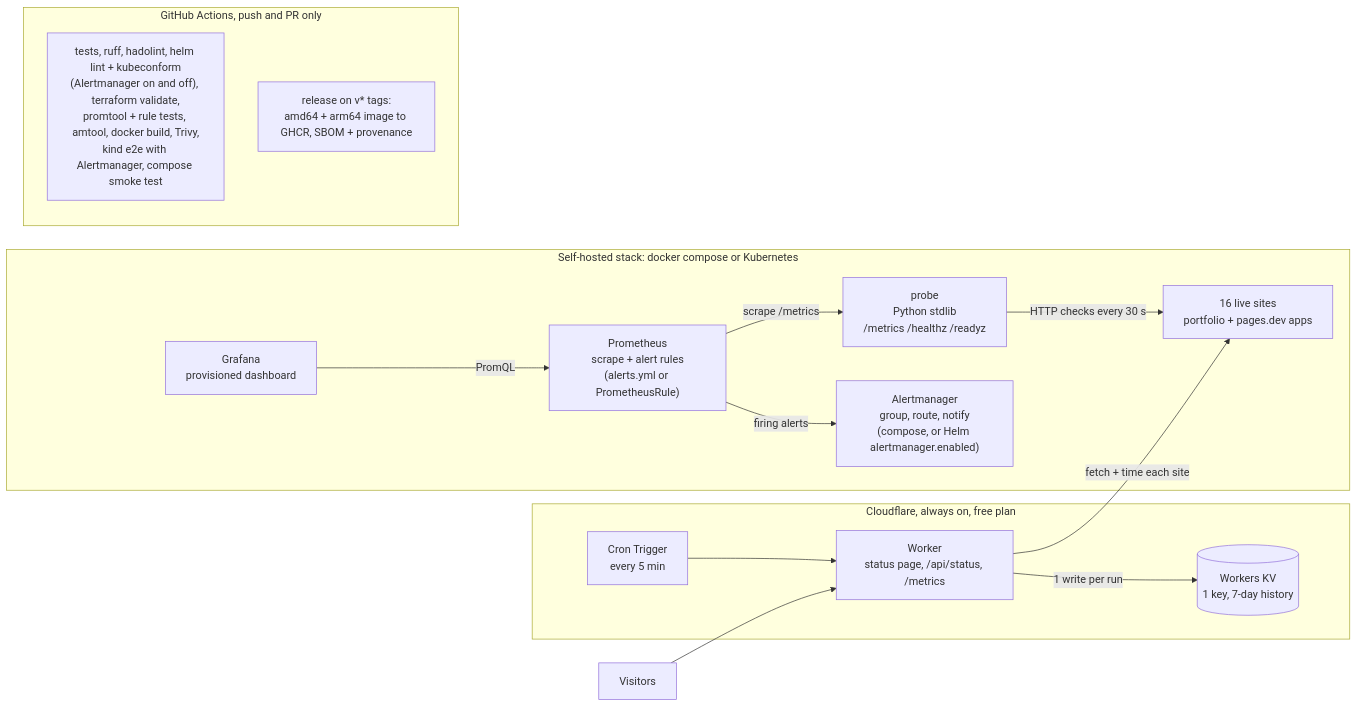
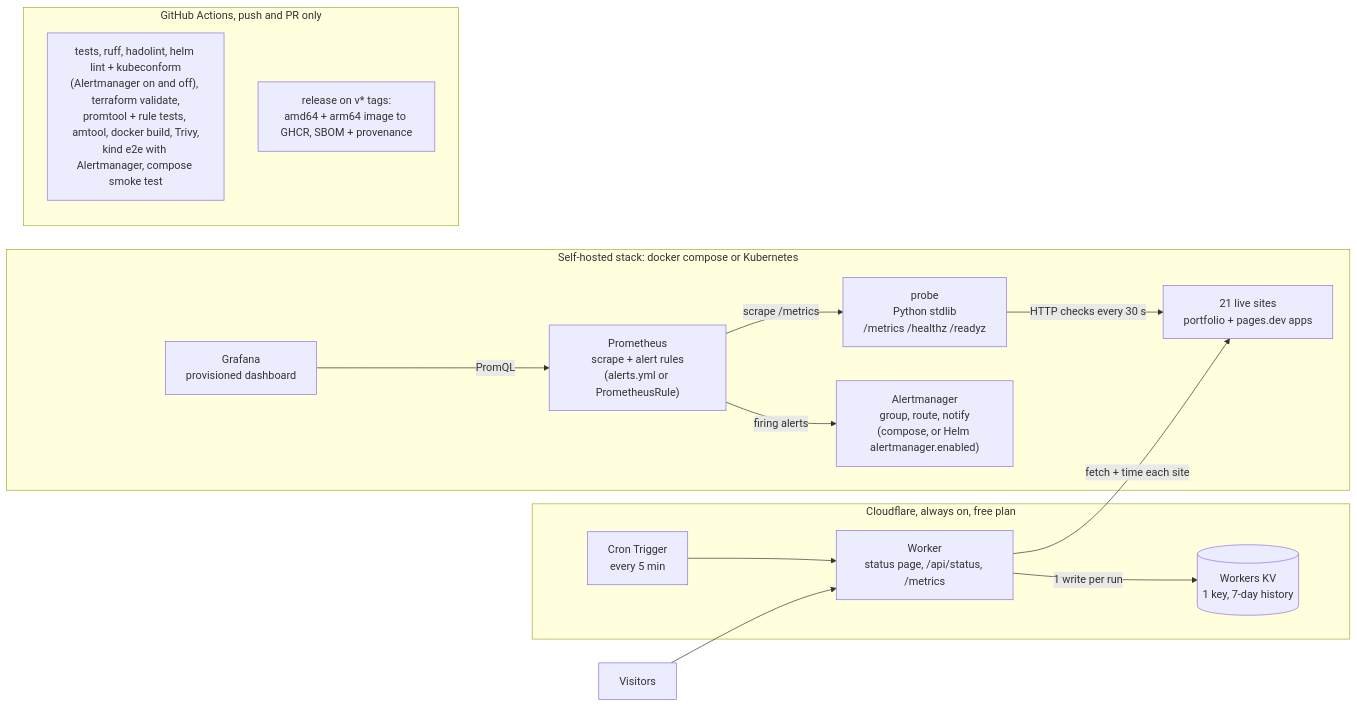
The first of 2 diagrams in README.md (naniiic137/fleetwatch), drawn with Mermaid before and after one commit. The commit also changed other lines of this file and 6 other files, not shown here.

First line of the commit message:
Watch five new live sites: 21 sites

````diff
--- a/README.md
+++ b/README.md
@@ -18,31 +18,31 @@
 ```mermaid
 flowchart LR
-    sites["16 live sites<br/>portfolio + pages.dev apps"]
+    sites["21 live sites<br/>portfolio + pages.dev apps"]
 
     subgraph local["Self-hosted stack: docker compose or Kubernetes"]
         probe["probe<br/>Python stdlib<br/>/metrics /healthz /readyz"]
         prom["Prometheus<br/>scrape + alert rules<br/>(alerts.yml or PrometheusRule)"]
         am["Alertmanager<br/>group, route, notify<br/>(compose, or Helm alertmanager.enabled)"]
         graf["Grafana<br/>provisioned dashboard"]
         probe -- "HTTP checks every 30 s" --> sites
         prom -- "scrape /metrics" --> probe
         prom -- "firing alerts" --> am
         graf -- "PromQL" --> prom
     end
 
     subgraph cf["Cloudflare, always on, free plan"]
         cron["Cron Trigger<br/>every 5 min"]
         worker["Worker<br/>status page, /api/status, /metrics"]
         kv[("Workers KV<br/>1 key, 7-day history")]
         cron --> worker
         worker -- "fetch + time each site" --> sites
         worker -- "1 write per run" --> kv
     end
 
     visitors["Visitors"] --> worker
 
     subgraph gha["GitHub Actions, push and PR only"]
         ci["tests, ruff, hadolint, helm lint + kubeconform<br/>(Alertmanager on and off), terraform validate,<br/>promtool + rule tests, amtool, docker build, Trivy,<br/>kind e2e with Alertmanager, compose smoke test"]
         rel["release on v* tags:<br/>amd64 + arm64 image to GHCR, SBOM + provenance"]
     end
 ```
````
